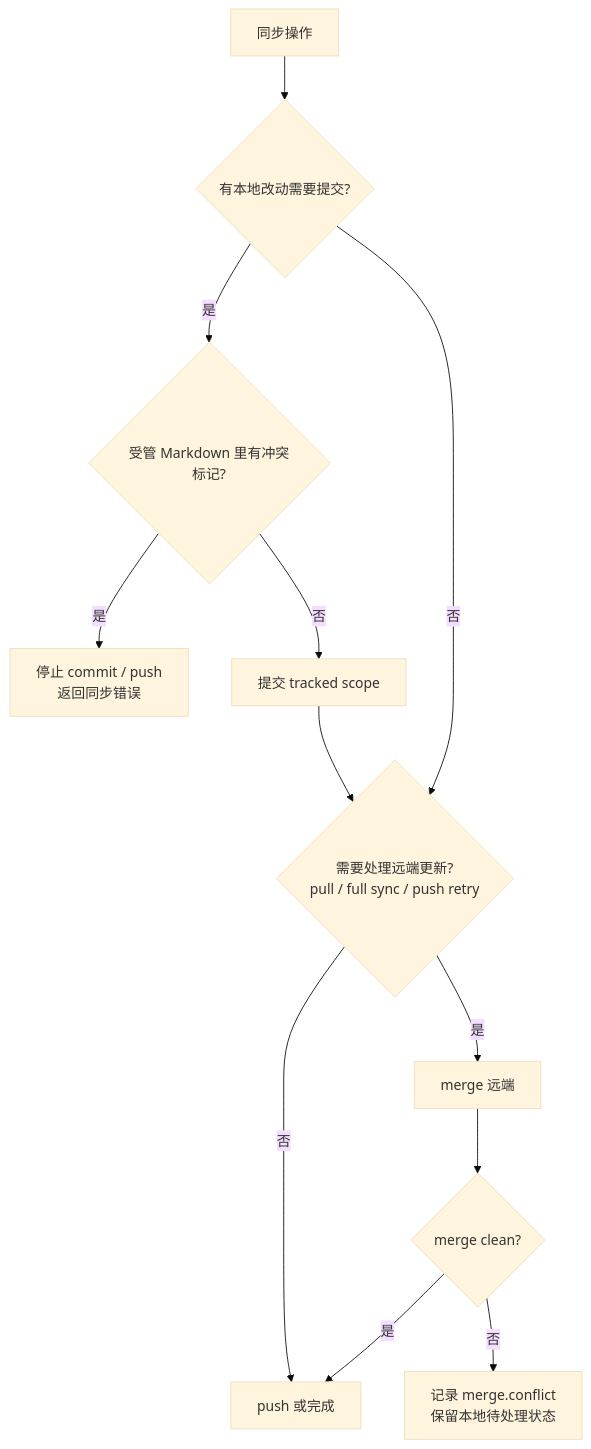
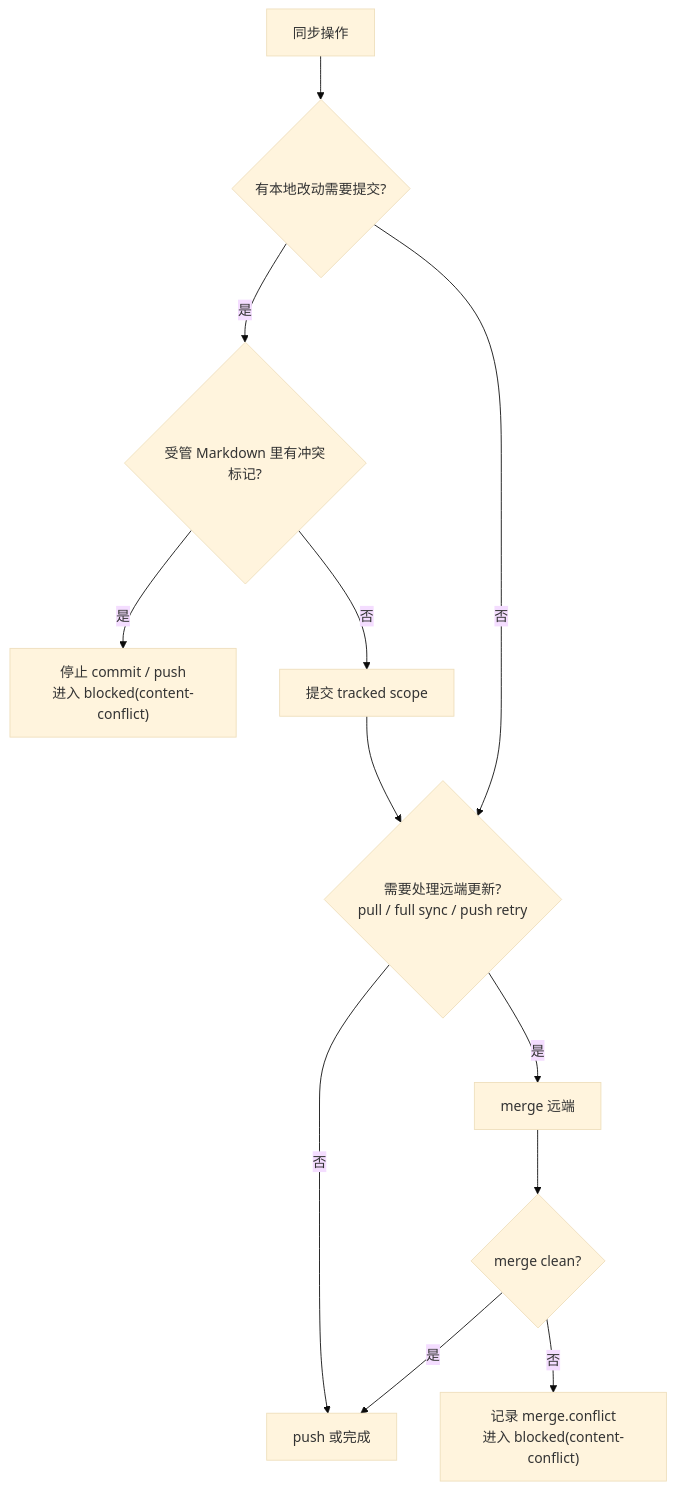
Before and after one commit to nazhenhuiyi/journal: the diagram in docs/product/Git 同步冲突处理.md, drawn with Mermaid (base theme). The commit also changed other lines of this file and 42 other files, not shown here.

````diff
--- a/docs/product/Git 同步冲突处理.md
+++ b/docs/product/Git 同步冲突处理.md
@@ -9,23 +9,23 @@
 ```mermaid
 flowchart TD
   start["同步操作"]
   local{"有本地改动需要提交?"}
   marker{"受管 Markdown 里有冲突标记?"}
-  stopCommit["停止 commit / push<br/>返回同步错误"]
+  stopCommit["停止 commit / push<br/>进入 blocked(content-conflict)"]
   commit["提交 tracked scope"]
   remote{"需要处理远端更新?<br/>pull / full sync / push retry"}
   merge["merge 远端"]
   clean{"merge clean?"}
   push["push 或完成"]
-  conflict["记录 merge.conflict<br/>保留本地待处理状态"]
+  conflict["记录 merge.conflict<br/>进入 blocked(content-conflict)"]
 
   start --> local
   local -- 是 --> marker
   local -- 否 --> remote
   marker -- 是 --> stopCommit
   marker -- 否 --> commit --> remote
   remote -- 否 --> push
   remote -- 是 --> merge --> clean
   clean -- 是 --> push
   clean -- 否 --> conflict
 ```
````
